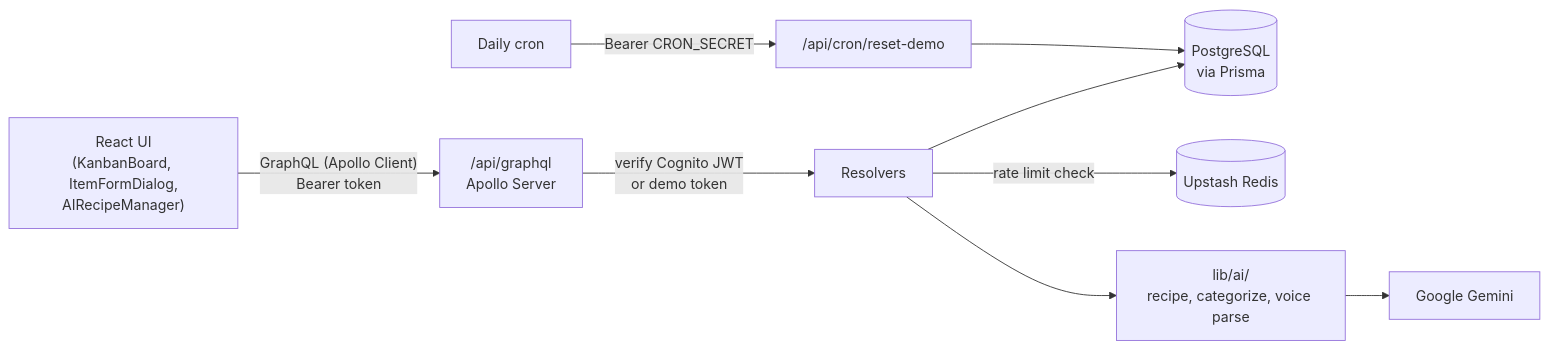
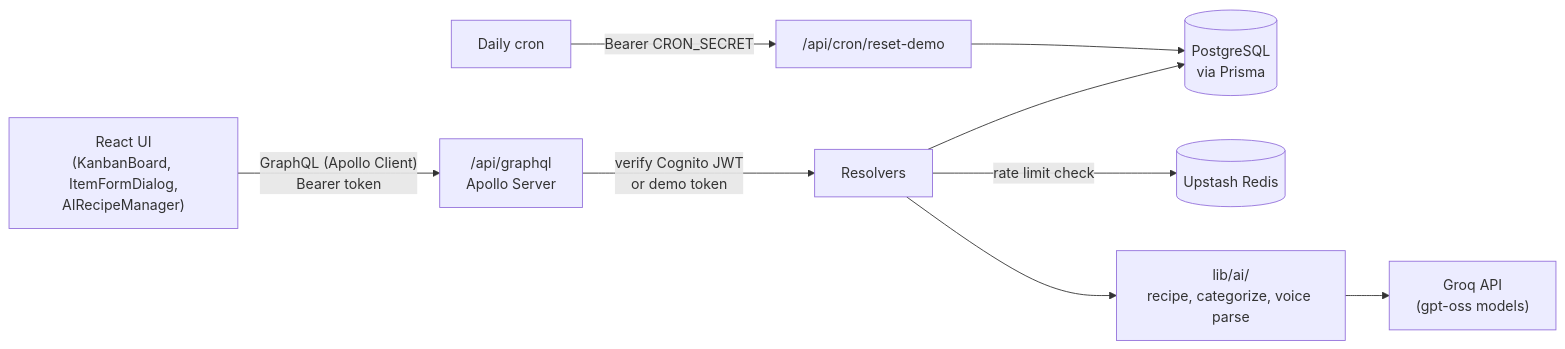
One commit to albert0891/pantry-ai changed the diagram in README.md. Above: the diagram before and after it, drawn with Mermaid. The commit also changed other lines of this file and 14 other files, not shown here.

First line of the commit message:
feat: switch AI provider from Gemini to Groq gpt-oss models

````diff
--- a/README.md
+++ b/README.md
@@ -53,10 +53,10 @@
 ```mermaid
 flowchart LR
   UI["React UI<br/>(KanbanBoard, ItemFormDialog,<br/>AIRecipeManager)"] -- "GraphQL (Apollo Client)<br/>Bearer token" --> GQL["/api/graphql<br/>Apollo Server"]
   GQL -- "verify Cognito JWT<br/>or demo token" --> RES["Resolvers"]
   RES --> DB[("PostgreSQL<br/>via Prisma")]
   RES -- "rate limit check" --> RL[("Upstash Redis")]
   RES --> GEN["lib/ai/<br/>recipe, categorize, voice parse"]
-  GEN --> GEM["Google Gemini"]
+  GEN --> GEM["Groq API<br/>(gpt-oss models)"]
   CRON["Daily cron"] -- "Bearer CRON_SECRET" --> RESET["/api/cron/reset-demo"] --> DB
 ```
````
